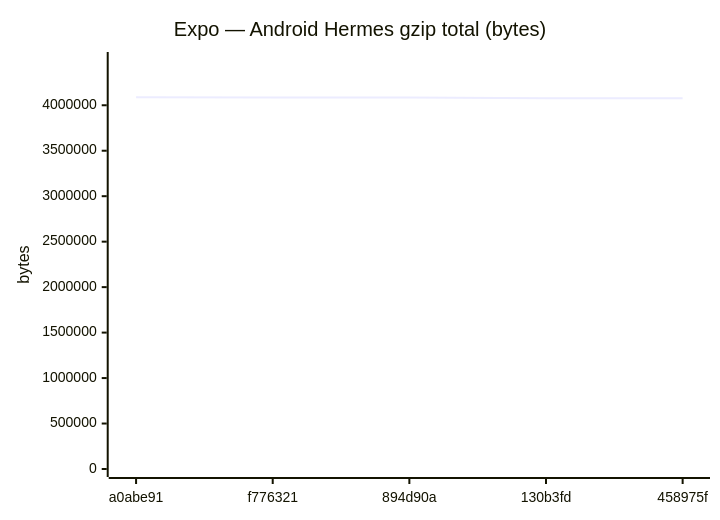
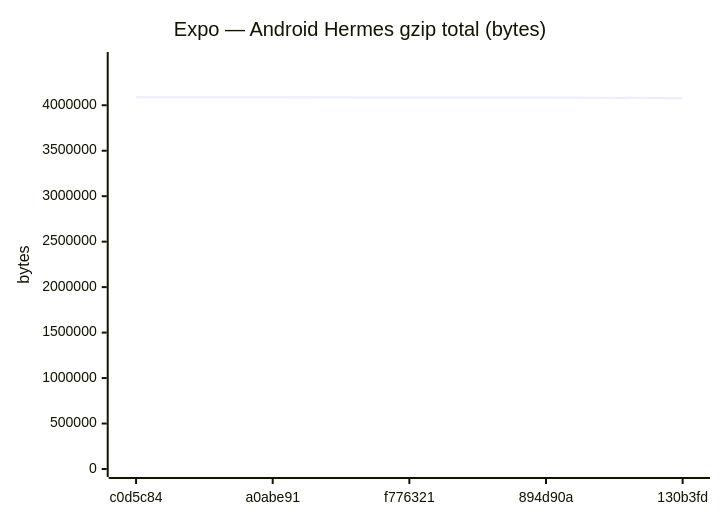
One commit to Metaheurist/Rianell changed diagram 11 of 18 in benchmarks/compare.md. Above: the diagram before and after it, drawn with Mermaid. The commit also changed other lines of this file and 11 other files, not shown here.

````diff
--- a/benchmarks/compare.md
+++ b/benchmarks/compare.md
@@ -172,7 +172,7 @@
 ```mermaid
 xychart-beta
     title "Expo — Android Hermes gzip total (bytes)"
-    x-axis ["a0abe91", "f776321", "894d90a", "130b3fd", "458975f"]
-    y-axis "bytes" 0 --> 4497694
-    line [4088812, 4085830, 4086643, 4077332, 4077341]
+    x-axis ["c0d5c84", "a0abe91", "f776321", "894d90a", "130b3fd"]
+    y-axis "bytes" 0 --> 4497695
+    line [4088813, 4088812, 4085830, 4086643, 4077332]
 ```
````
